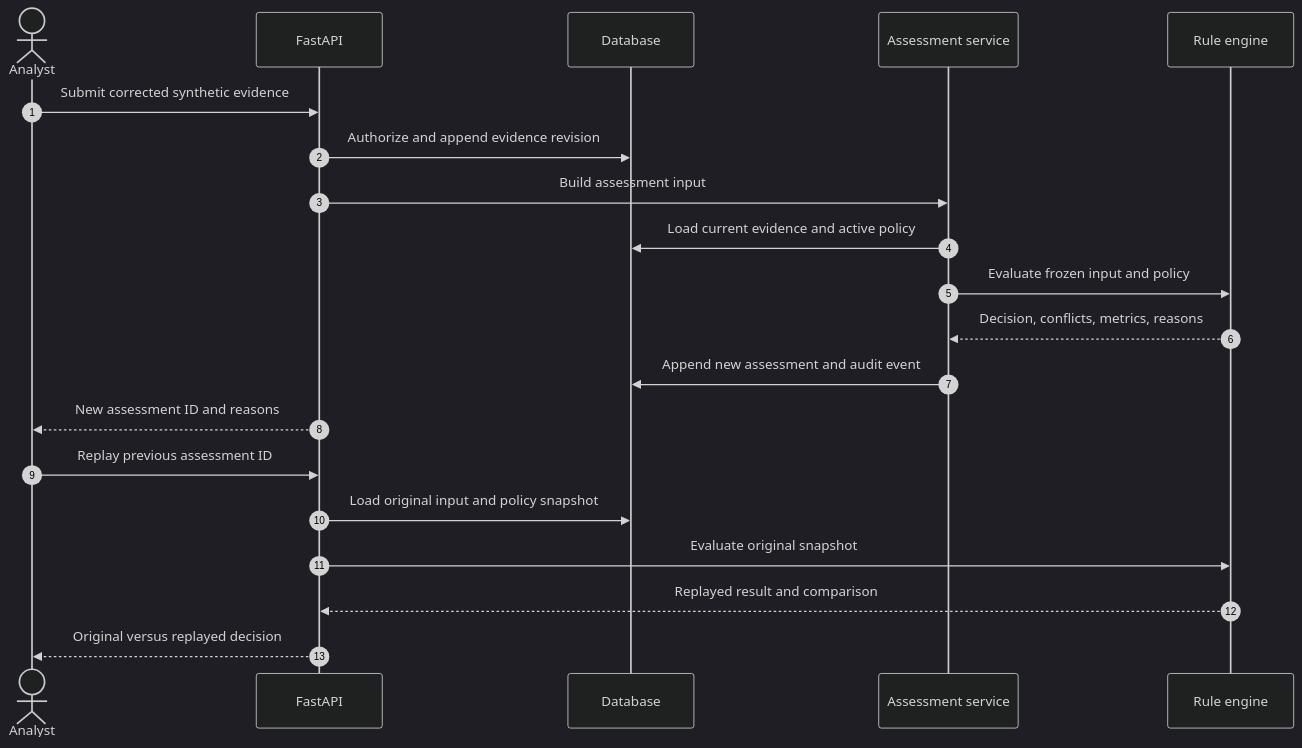
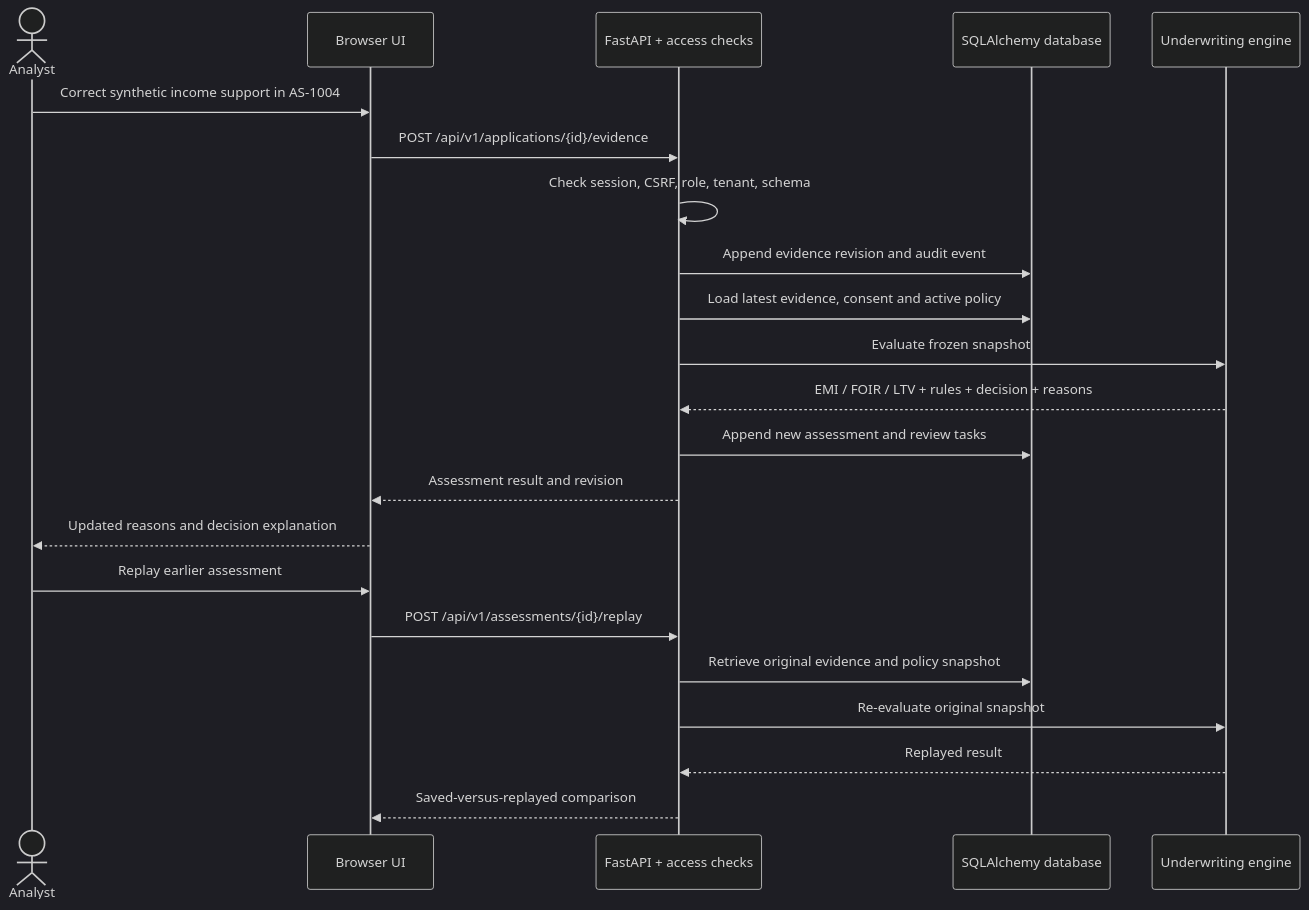
One commit to pushkkal0201-bit/AadharShila changed the second of 4 diagrams in README.md. Above: the diagram before and after it, drawn with Mermaid (dark theme). The commit also changed other lines of this file, not shown here.

Commit message:
docs(readme): explain underwriting architecture, model boundaries and reproducible demo

````diff
--- a/README.md
+++ b/README.md
@@ -277,22 +138,24 @@
 ```mermaid
 sequenceDiagram
-    autonumber
     actor Analyst
-    participant API as FastAPI
-    participant Store as Database
-    participant Assessment as Assessment service
-    participant Rules as Rule engine
-    Analyst->>API: Submit corrected synthetic evidence
-    API->>Store: Authorize and append evidence revision
-    API->>Assessment: Build assessment input
-    Assessment->>Store: Load current evidence and active policy
-    Assessment->>Rules: Evaluate frozen input and policy
-    Rules-->>Assessment: Decision, conflicts, metrics, reasons
-    Assessment->>Store: Append new assessment and audit event
-    API-->>Analyst: New assessment ID and reasons
-    Analyst->>API: Replay previous assessment ID
-    API->>Store: Load original input and policy snapshot
-    API->>Rules: Evaluate original snapshot
-    Rules-->>API: Replayed result and comparison
-    API-->>Analyst: Original versus replayed decision
+    participant UI as Browser UI
+    participant API as FastAPI + access checks
+    participant DB as SQLAlchemy database
+    participant Engine as Underwriting engine
+    Analyst->>UI: Correct synthetic income support in AS-1004
+    UI->>API: POST /api/v1/applications/{id}/evidence
+    API->>API: Check session, CSRF, role, tenant, schema
+    API->>DB: Append evidence revision and audit event
+    API->>DB: Load latest evidence, consent and active policy
+    API->>Engine: Evaluate frozen snapshot
+    Engine-->>API: EMI / FOIR / LTV + rules + decision + reasons
+    API->>DB: Append new assessment and review tasks
+    API-->>UI: Assessment result and revision
+    UI-->>Analyst: Updated reasons and decision explanation
+    Analyst->>UI: Replay earlier assessment
+    UI->>API: POST /api/v1/assessments/{id}/replay
+    API->>DB: Retrieve original evidence and policy snapshot
+    API->>Engine: Re-evaluate original snapshot
+    Engine-->>API: Replayed result
+    API-->>UI: Saved-versus-replayed comparison
 ```
````
